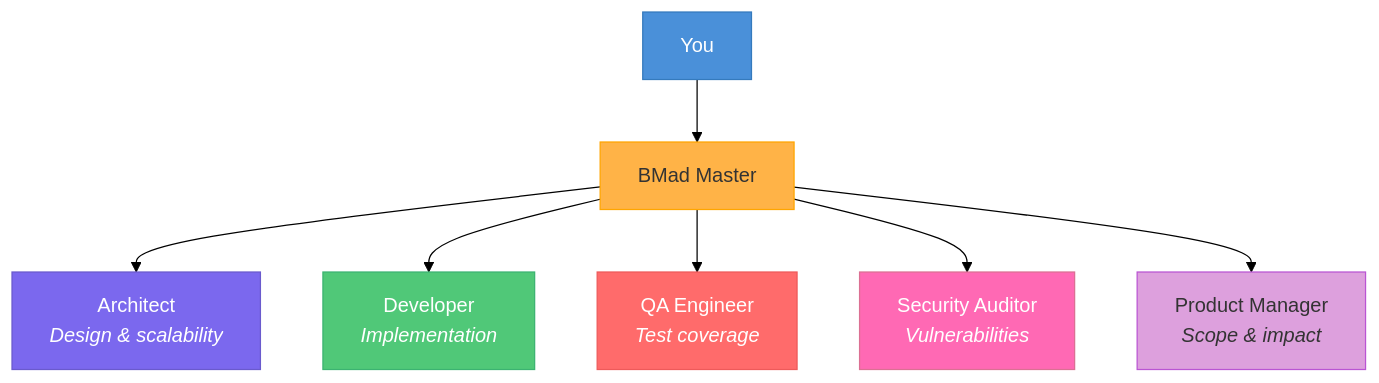
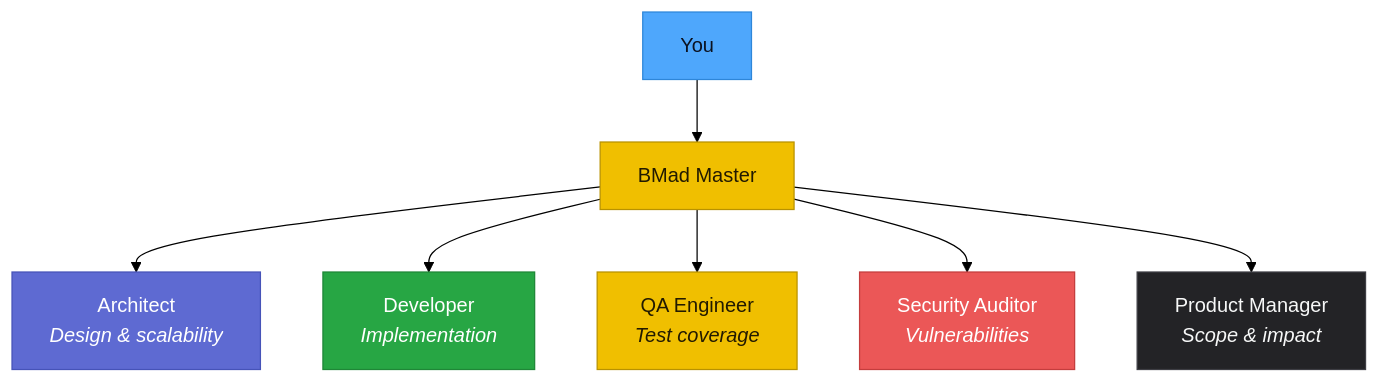
Before and after one commit to ao92265/claude-code-playbook: the third of 9 diagrams in README.md, drawn with Mermaid (forest theme). The commit also changed other lines of this file and 2 other files, not shown here.

First line of the commit message:
docs: visual upgrade — branded hero, unified diagram design system (#14)

````diff
--- a/README.md
+++ b/README.md
@@ -264,17 +270,23 @@
 ```mermaid
 graph TB
     YOU["You"] --> BM["BMad Master"]
     BM --> AR["Architect<br/><em>Design & scalability</em>"]
     BM --> DEV["Developer<br/><em>Implementation</em>"]
     BM --> QA["QA Engineer<br/><em>Test coverage</em>"]
     BM --> SEC["Security Auditor<br/><em>Vulnerabilities</em>"]
     BM --> PM["Product Manager<br/><em>Scope & impact</em>"]
 
-    style YOU fill:#4A90D9,stroke:#357ABD,color:#fff
-    style BM fill:#FFB347,stroke:#FFA500,color:#333
-    style AR fill:#7B68EE,stroke:#6A5ACD,color:#fff
-    style DEV fill:#50C878,stroke:#3CB371,color:#fff
-    style QA fill:#FF6B6B,stroke:#EE5A5A,color:#fff
-    style SEC fill:#FF69B4,stroke:#DB7093,color:#fff
-    style PM fill:#DDA0DD,stroke:#BA55D3,color:#333
+    classDef primary fill:#5E6AD2,stroke:#4653B8,color:#FFFFFF
+    classDef info fill:#4EA7FC,stroke:#2E86D9,color:#0B1220
+    classDef success fill:#27A644,stroke:#1F8737,color:#FFFFFF
+    classDef warn fill:#F0BF00,stroke:#B89200,color:#221A00
+    classDef danger fill:#EB5757,stroke:#C43D3D,color:#FFFFFF
+    classDef dark fill:#232326,stroke:#3E3E44,color:#F7F8F8
+    class YOU info
+    class BM warn
+    class AR primary
+    class DEV success
+    class QA warn
+    class SEC danger
+    class PM dark
 ```
````
